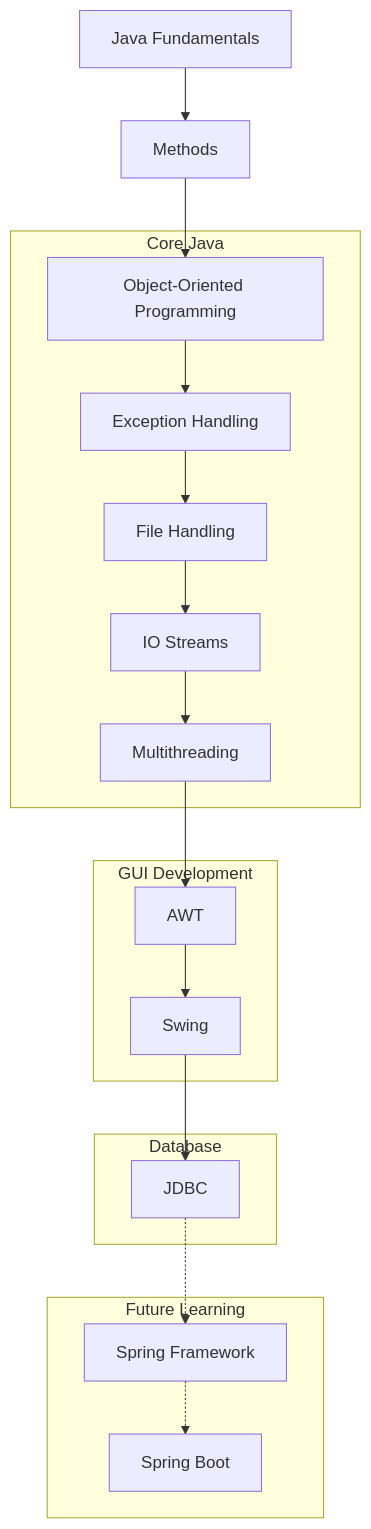
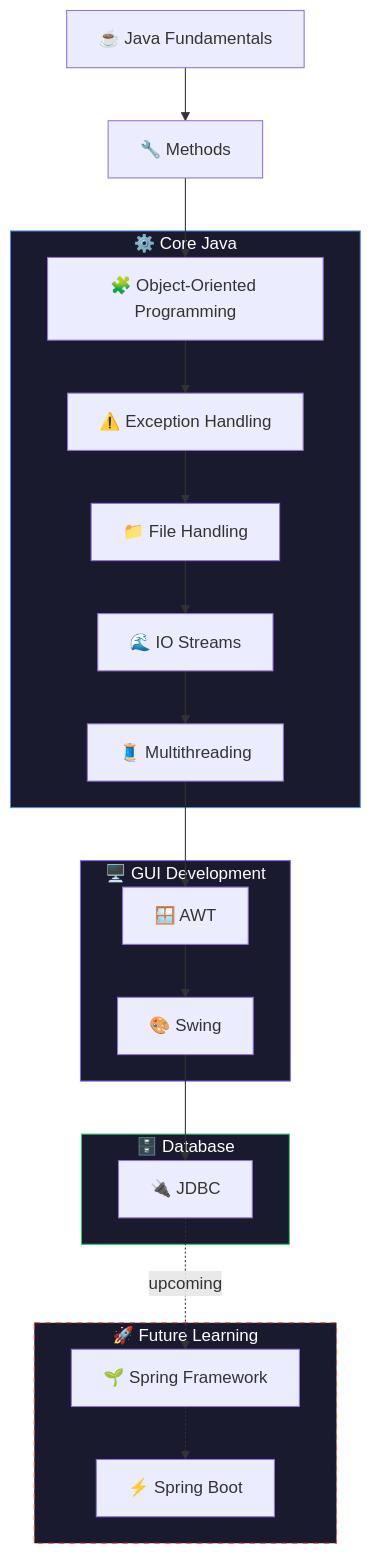
Before and after one commit to Saiyam-Kumar/Java-Learning-Journey: the diagram in README.md, drawn with Mermaid. The commit also changed other lines of this file, not shown here.

````diff
--- a/README.md
+++ b/README.md
@@ -11,40 +31,35 @@
 ```mermaid
 flowchart TD
+    A["☕ Java Fundamentals"]
+    B["🔧 Methods"]
 
-    A["Java Fundamentals"]
-    B["Methods"]
-
-    subgraph Core Java
-        C["Object-Oriented Programming"]
-        D["Exception Handling"]
-        E["File Handling"]
-        F["IO Streams"]
-        G["Multithreading"]
+    subgraph core["⚙️ Core Java"]
+        C["🧩 Object-Oriented Programming"]
+        D["⚠️ Exception Handling"]
+        E["📁 File Handling"]
+        F["🌊 IO Streams"]
+        G["🧵 Multithreading"]
     end
 
-    subgraph GUI Development
-        H["AWT"]
-        I["Swing"]
+    subgraph gui["🖥️ GUI Development"]
+        H["🪟 AWT"]
+        I["🎨 Swing"]
     end
 
-    subgraph Database
-        J["JDBC"]
+    subgraph db["🗄️ Database"]
+        J["🔌 JDBC"]
     end
 
-    subgraph Future Learning
-        K["Spring Framework"]
-        L["Spring Boot"]
+    subgraph future["🚀 Future Learning"]
+        K["🌱 Spring Framework"]
+        L["⚡ Spring Boot"]
     end
 
-    A --> B
-    B --> C
-    C --> D
-    D --> E
-    E --> F
-    F --> G
-    G --> H
-    H --> I
-    I --> J
-    J -.-> K
-    K -.-> L
+    A --> B --> C --> D --> E --> F --> G --> H --> I --> J
+    J -.->|"upcoming"| K -.-> L
+
+    style core fill:#1a1a2e,stroke:#4a90d9,color:#fff
+    style gui fill:#1a1a2e,stroke:#7b68ee,color:#fff
+    style db fill:#1a1a2e,stroke:#2ecc71,color:#fff
+    style future fill:#1a1a2e,stroke:#e74c3c,color:#fff,stroke-dasharray: 5 5
 ```
````
